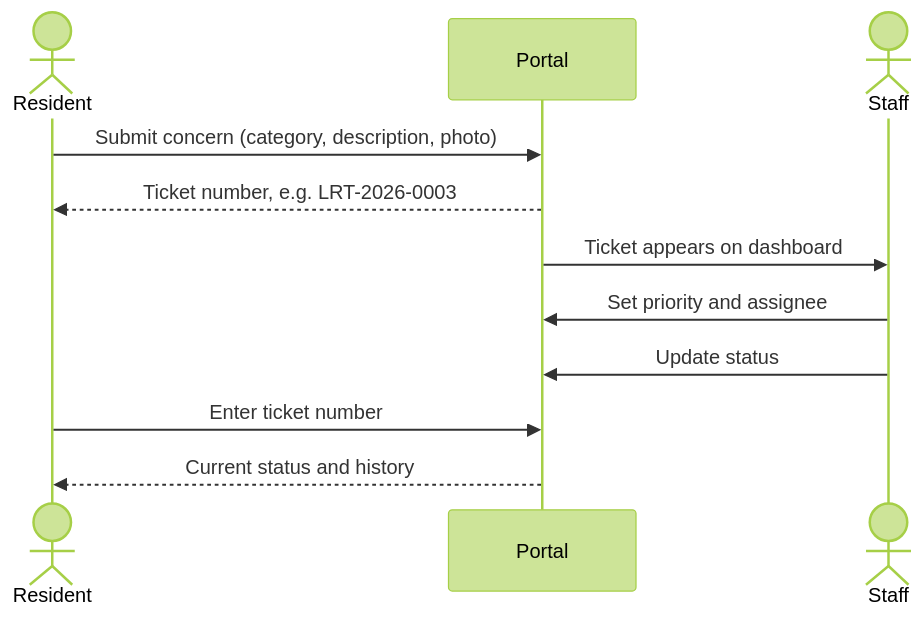
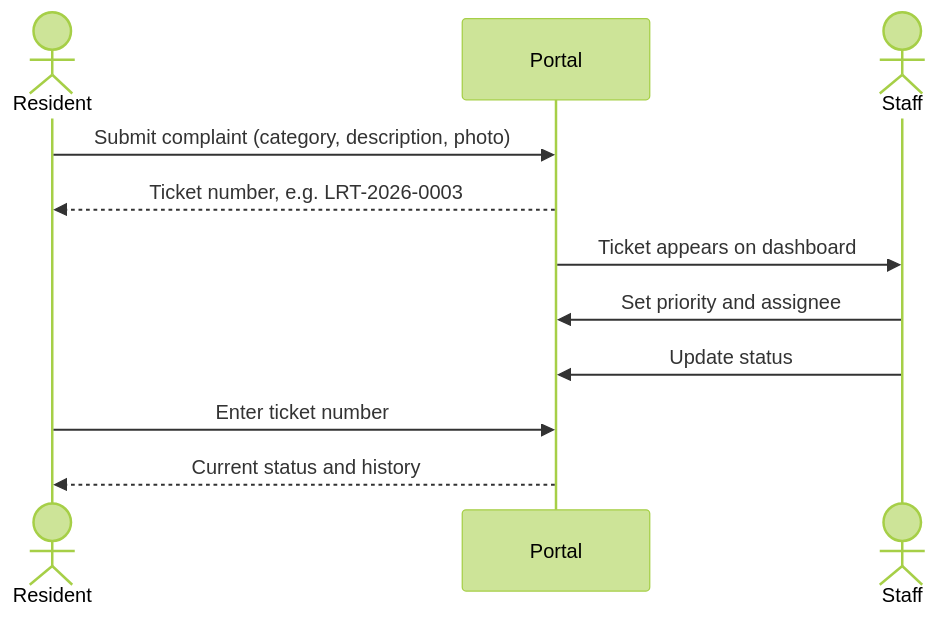
One commit to vonAkym/CMT322-Assignment1-lrt-mutiara-portal changed the second of 4 diagrams in README.md. Above: the diagram before and after it, drawn with Mermaid (forest theme). The commit also changed other lines of this file and 12 other files, not shown here.

First line of the commit message:
Say complaint instead of concern on the website

````diff
--- a/README.md
+++ b/README.md
@@ -74,13 +74,13 @@
 ```mermaid
 sequenceDiagram
     actor R as Resident
     participant P as Portal
     actor S as Staff
-    R->>P: Submit concern (category, description, photo)
+    R->>P: Submit complaint (category, description, photo)
     P-->>R: Ticket number, e.g. LRT-2026-0003
     P->>S: Ticket appears on dashboard
     S->>P: Set priority and assignee
     S->>P: Update status
     R->>P: Enter ticket number
     P-->>R: Current status and history
 ```
````
